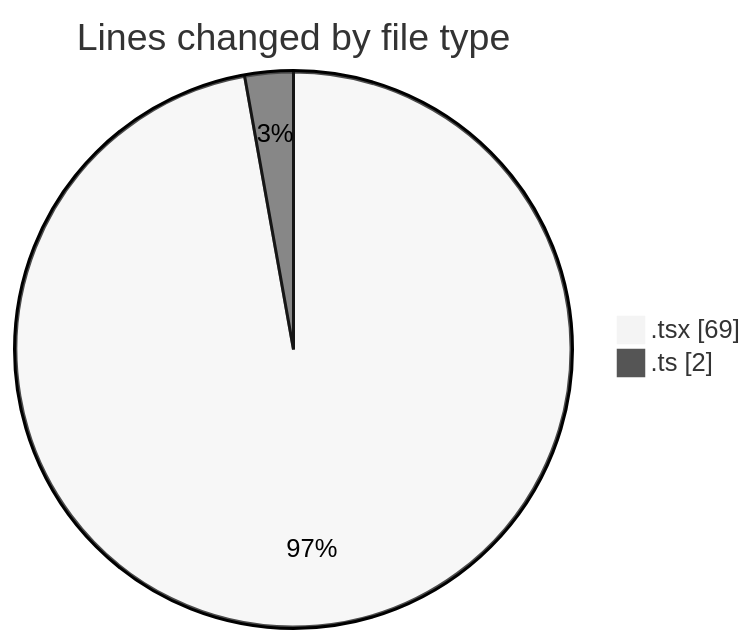
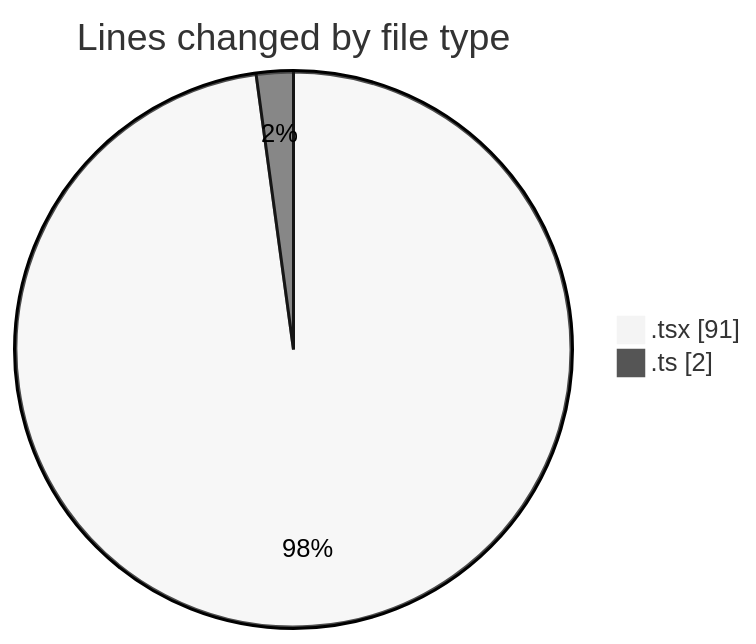
The first of 2 diagrams in 2026-05-18/nxtqube_webapp/README.md (nxtqubesakshisongat/code-tracking), drawn with Mermaid (neutral theme) before and after one commit. The commit also changed other lines of this file and 1 other file, not shown here.

````diff
--- a/2026-05-18/nxtqube_webapp/README.md
+++ b/2026-05-18/nxtqube_webapp/README.md
@@ -22,6 +22,6 @@
 ```mermaid
 pie showData
 title Lines changed by file type
-".tsx" : 69
+".tsx" : 91
 ".ts" : 2
 ```
````
